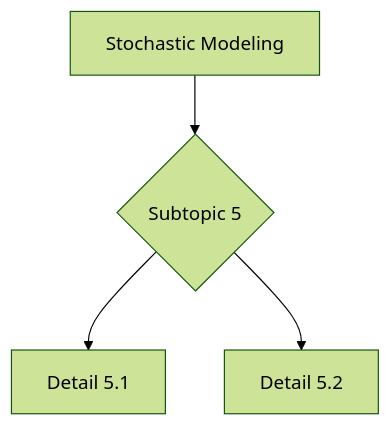
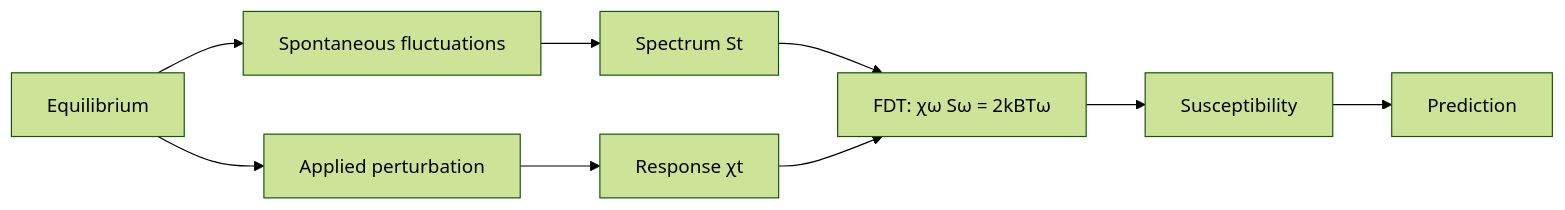
The tenth of 10 diagrams in 02_MSc_DataDriven_Modeling/core_courses/MSDM_5003/README.md (yip-lgtm/PhysicsSelfStudy), drawn with Mermaid (forest theme) before and after one commit. The commit also changed other lines of this file and 21 other files, not shown here.

````diff
--- a/02_MSc_DataDriven_Modeling/core_courses/MSDM_5003/README.md
+++ b/02_MSc_DataDriven_Modeling/core_courses/MSDM_5003/README.md
@@ -291,6 +610,11 @@
 ```mermaid
-graph TD
-    A[Stochastic Modeling] --> B{Subtopic 5}
-    B --> C[Detail 5.1]
-    B --> D[Detail 5.2]
+graph LR
+    A[Equilibrium] --> B[Spontaneous fluctuations]
+    A --> C[Applied perturbation]
+    B --> D[Spectrum St]
+    C --> E[Response χt]
+    D --> F[FDT: χω Sω = 2kBTω]
+    E --> F
+    F --> G[Susceptibility]
+    G --> H[Prediction]
 ```
````
